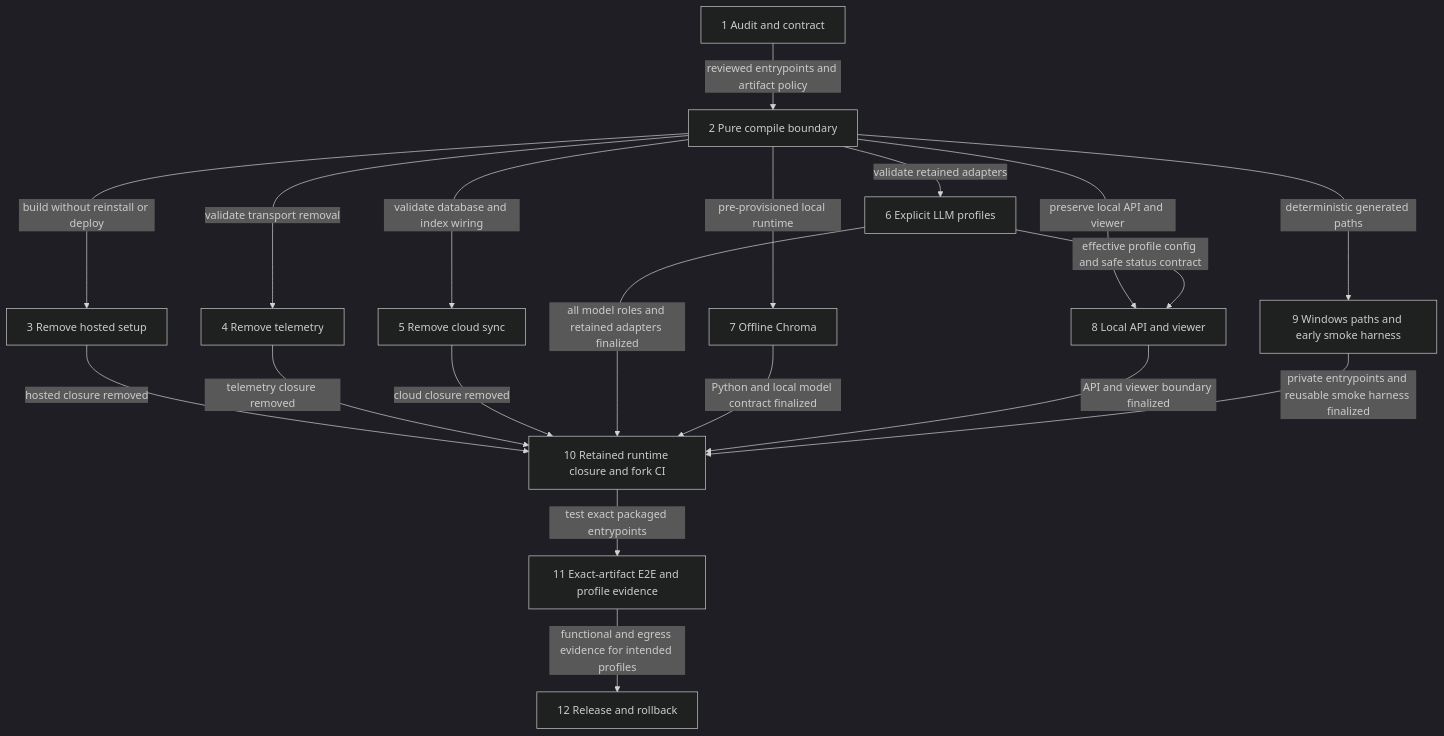
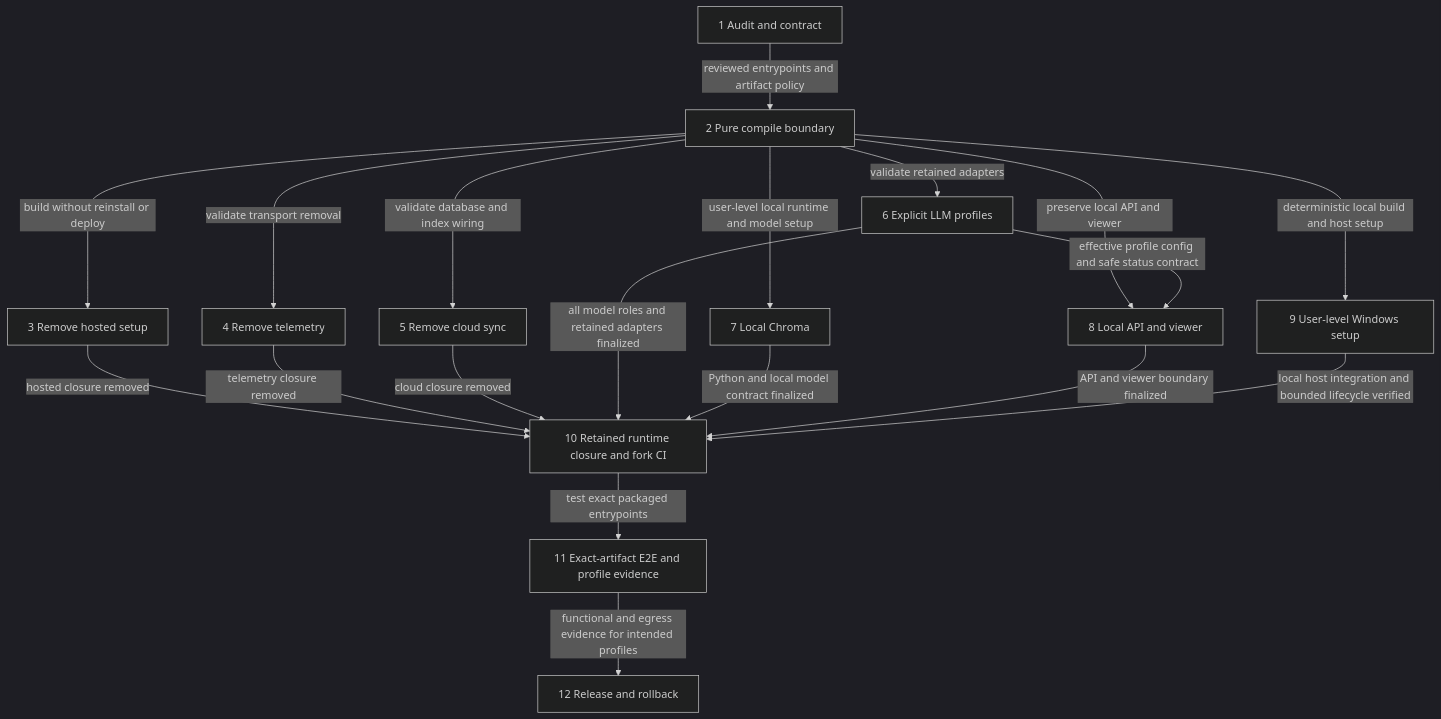
Before and after one commit to nick777977/cmem-custom: the diagram in docs/roadmap.md, drawn with Mermaid (dark theme). The commit also changed other lines of this file and 12 other files, not shown here.

Commit message:
docs: align phase one with Codex-first user-level local setup

```diff
--- a/docs/roadmap.md
+++ b/docs/roadmap.md
@@ -132,21 +162,21 @@
 ~~~mermaid
 flowchart TD
   s1["1 Audit and contract"] -->|reviewed entrypoints and artifact policy| s2["2 Pure compile boundary"]
   s2 -->|build without reinstall or deploy| s3["3 Remove hosted setup"]
   s2 -->|validate transport removal| s4["4 Remove telemetry"]
   s2 -->|validate database and index wiring| s5["5 Remove cloud sync"]
   s2 -->|validate retained adapters| s6["6 Explicit LLM profiles"]
-  s2 -->|pre-provisioned local runtime| s7["7 Offline Chroma"]
+  s2 -->|user-level local runtime and model setup| s7["7 Local Chroma"]
   s2 -->|preserve local API and viewer| s8["8 Local API and viewer"]
   s6 -->|effective profile config and safe status contract| s8
-  s2 -->|deterministic generated paths| s9["9 Windows paths and early smoke harness"]
+  s2 -->|deterministic local build and host setup| s9["9 User-level Windows setup"]
   s3 -->|hosted closure removed| s10["10 Retained runtime closure and fork CI"]
   s4 -->|telemetry closure removed| s10
   s5 -->|cloud closure removed| s10
   s6 -->|all model roles and retained adapters finalized| s10
   s7 -->|Python and local model contract finalized| s10
   s8 -->|API and viewer boundary finalized| s10
-  s9 -->|private entrypoints and reusable smoke harness finalized| s10
+  s9 -->|local host integration and bounded lifecycle verified| s10
   s10 -->|test exact packaged entrypoints| s11["11 Exact-artifact E2E and profile evidence"]
   s11 -->|functional and egress evidence for intended profiles| s12["12 Release and rollback"]
 ~~~
```
